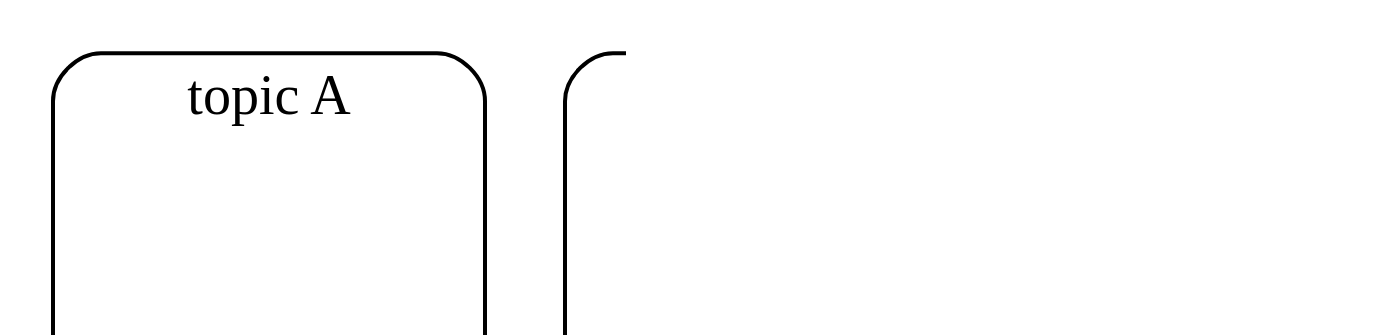
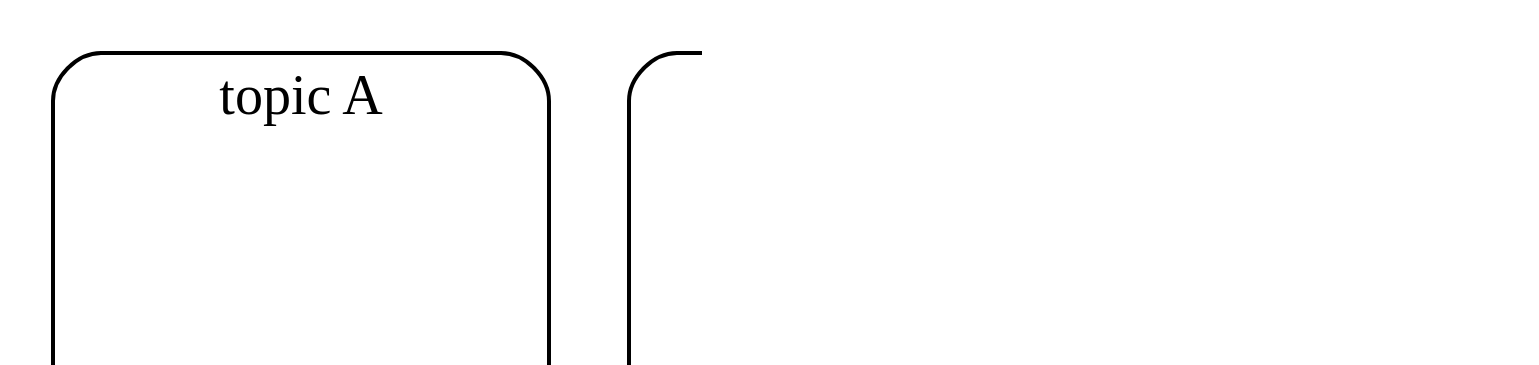
Before and after one commit to inponomarev/kafka-hjs: the second of 51 diagrams in src/main/asciidoc/lecture.adoc, drawn with Graphviz. The commit also changed other lines of this file, not shown here.

Commit message:
diagrams update

```diff
--- a/src/main/asciidoc/lecture.adoc
+++ b/src/main/asciidoc/lecture.adoc
@@ -349,29 +349,59 @@
 [graphviz,topics-partitions,png]
 ----
 digraph D {
   graph [ dpi = 180 ]; 
 
    rankdir = LR;
     subgraph cluster_t1 {
       label = "topic A";
       style = "rounded";
-      T1[shape="record"; label="<p0>partition 0|partition 1|partition 2|partition 3|partition 4"; style="invis"]
+      T1[shape="none"; label=<<table cellspacing="5" cellborder="0"  border="1">
+                    <tr><td port="p0">partition 0</td></tr>
+                    <hr/>
+                    <tr><td>partition 1</td></tr>
+                    <hr/>
+                    <tr><td>partition 2</td></tr>
+                    <hr/>
+                    <tr><td>partition 3</td></tr>
+                    <hr/>
+                    <tr><td>partition 4</td></tr>
+            </table>>; style="invis"]
     }
      
     subgraph cluster_t2 {
       label = "topic B";
       style = "rounded";
-      T2[shape="record"; label="<p0>partition 0|partition 1|partition 2|partition 3"; style="invis"]
+      T2[shape="none"; label=<<table cellspacing="5" cellborder="0"  border="1">
+                    <tr><td port="p0">partition 0</td></tr>
+                    <hr/>
+                    <tr><td>partition 1</td></tr>
+                    <hr/>
+                    <tr><td>partition 2</td></tr>
+                    <hr/>
+                    <tr><td>partition 3</td></tr>
+            </table>>; style="invis"]
 
     }   
 
 
     subgraph cluster_t3 {
       label = "topic C";
       style = "rounded";
-      T3[shape="record"; label="<p0>partition 0|partition 1|partition 2|partition 3|partition 4|partition 5"; style="invis"]
+      T3[shape="none"; label=<<table cellspacing="5" cellborder="0"  border="1">
+                    <tr><td port="p0">partition 0</td></tr>
+                    <hr/>
+                    <tr><td>partition 1</td></tr>
+                    <hr/>
+                    <tr><td>partition 2</td></tr>
+                    <hr/>
+                    <tr><td>partition 3</td></tr>
+                    <hr/>
+                    <tr><td>partition 4</td></tr>
+                    <hr/>
+                    <tr><td>partition 5</td></tr>
+            </table>>; style="invis"]
     }   
     
     T1:p0->T2:p0->T3:p0[style=invis]
 } 
 ----
```
